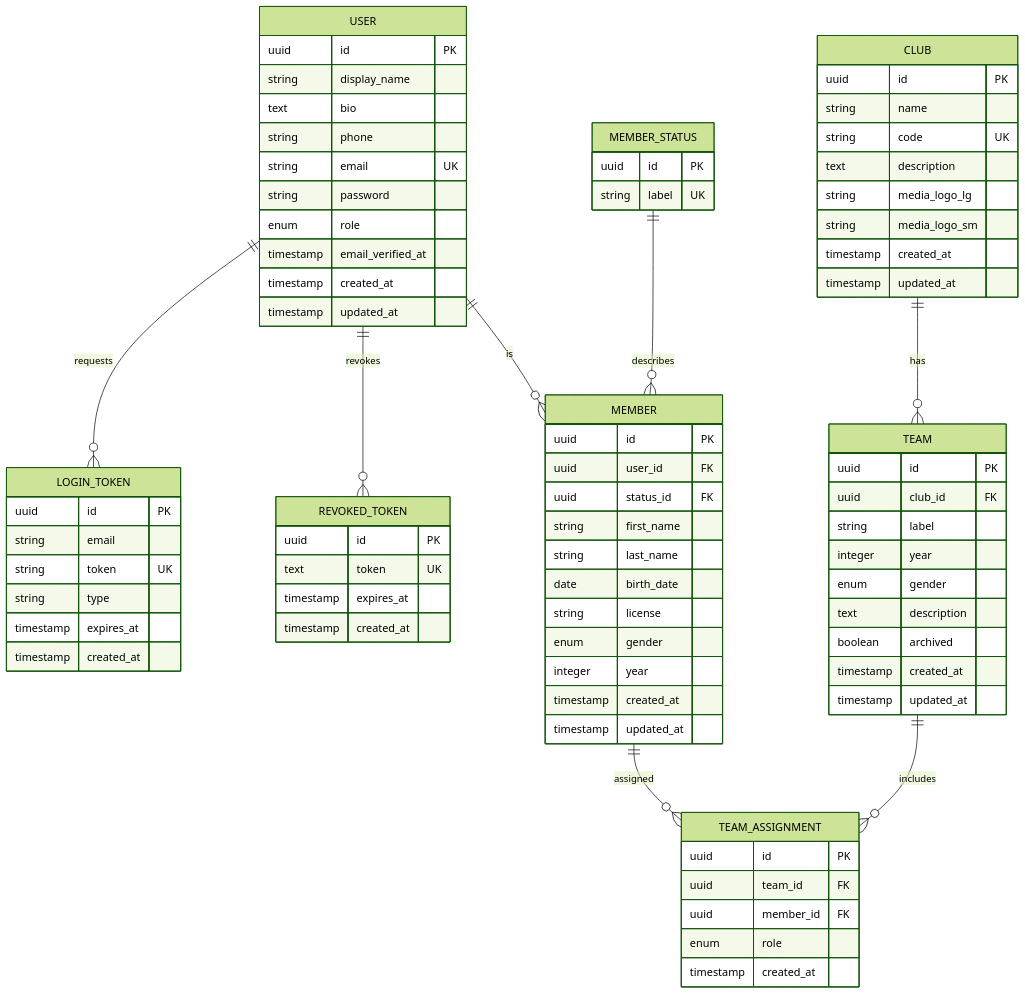
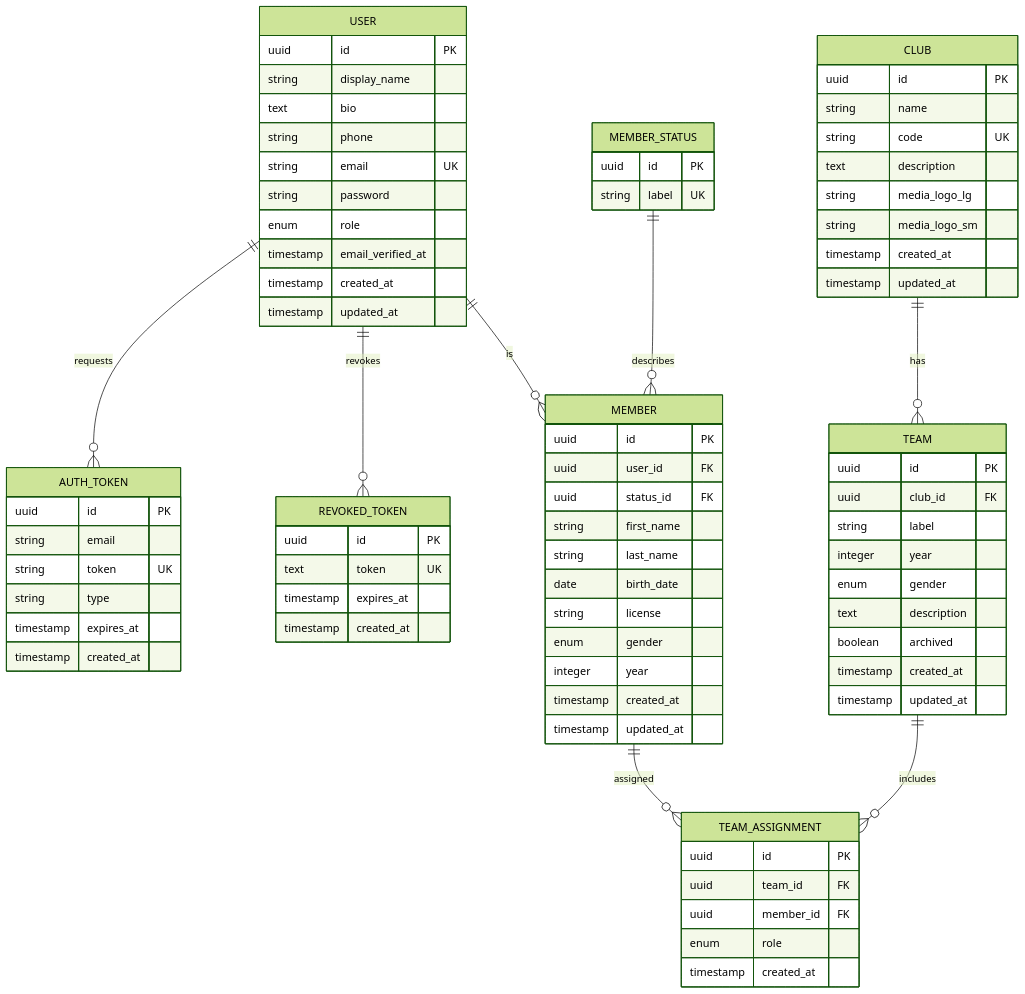
One commit to antoinefricker/u-club changed the diagram in documentation/database-diagram.mermaid. Above: the diagram before and after it, drawn with Mermaid (forest theme). The commit also changed 7 other files, not shown here.

Commit message:
refactor: rename login_tokens table to auth_tokens

```diff
--- a/documentation/database-diagram.mermaid
+++ b/documentation/database-diagram.mermaid
@@ -1,89 +1,89 @@
 erDiagram
     USER {
         uuid id PK
         string display_name
         text bio
         string phone
         string email UK
         string password
         enum role
         timestamp email_verified_at
         timestamp created_at
         timestamp updated_at
     }
 
-    LOGIN_TOKEN {
+    AUTH_TOKEN {
         uuid id PK
         string email
         string token UK
         string type
         timestamp expires_at
         timestamp created_at
     }
 
     CLUB {
         uuid id PK
         string name
         string code UK
         text description
         string media_logo_lg
         string media_logo_sm
         timestamp created_at
         timestamp updated_at
     }
 
     TEAM {
         uuid id PK
         uuid club_id FK
         string label
         integer year
         enum gender
         text description
         boolean archived
         timestamp created_at
         timestamp updated_at
     }
 
     MEMBER_STATUS {
         uuid id PK
         string label UK
     }
 
     MEMBER {
         uuid id PK
         uuid user_id FK
         uuid status_id FK
         string first_name
         string last_name
         date birth_date
         string license
         enum gender
         integer year
         timestamp created_at
         timestamp updated_at
     }
 
     TEAM_ASSIGNMENT {
         uuid id PK
         uuid team_id FK
         uuid member_id FK
         enum role
         timestamp created_at
     }
 
     REVOKED_TOKEN {
         uuid id PK
         text token UK
         timestamp expires_at
         timestamp created_at
     }
 
     %% ── Relationships ────────────────────────────────────
 
-    USER          ||--o{ LOGIN_TOKEN        : "requests"
+    USER          ||--o{ AUTH_TOKEN        : "requests"
     USER          ||--o{ REVOKED_TOKEN      : "revokes"
     CLUB          ||--o{ TEAM               : "has"
     USER          ||--o{ MEMBER             : "is"
     MEMBER_STATUS ||--o{ MEMBER             : "describes"
     MEMBER        ||--o{ TEAM_ASSIGNMENT    : "assigned"
     TEAM          ||--o{ TEAM_ASSIGNMENT    : "includes"
```
